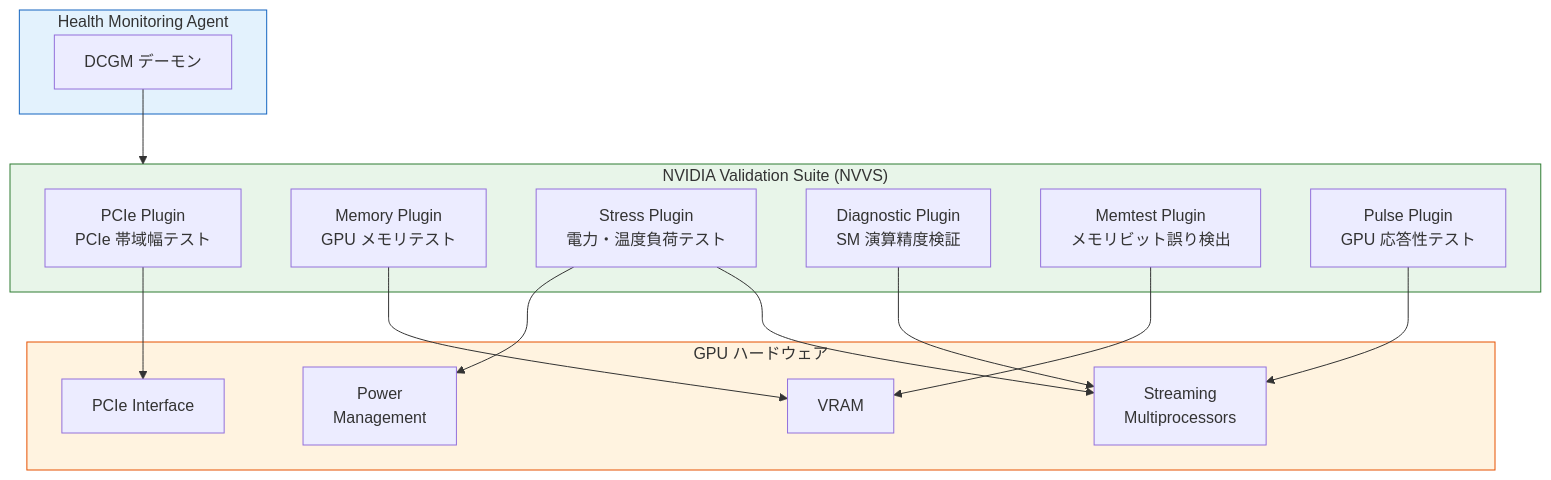
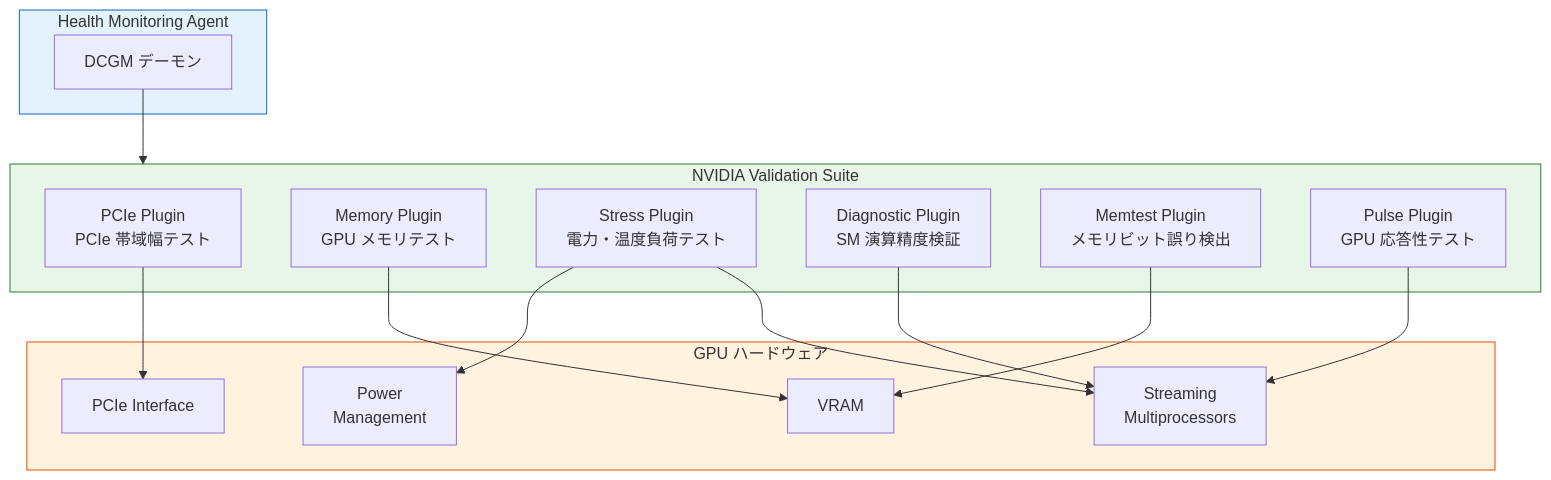
Before and after one commit to littlemex/zenn: the third of 6 diagrams in articles/0742d879958d3a.md, drawn with Mermaid. The commit also changed other lines of this file, not shown here.

````diff
--- a/articles/0742d879958d3a.md
+++ b/articles/0742d879958d3a.md
@@ -245,35 +182,35 @@
 ```mermaid
 graph TB
     subgraph HMA["Health Monitoring Agent"]
         DCGM["DCGM デーモン"]
     end
 
-    subgraph NVVS["NVIDIA Validation Suite (NVVS)"]
+    subgraph NVVS["NVIDIA Validation Suite"]
         PCIE["PCIe Plugin<br/>PCIe 帯域幅テスト"]
         MEM["Memory Plugin<br/>GPU メモリテスト"]
         STRESS["Stress Plugin<br/>電力・温度負荷テスト"]
         DIAG["Diagnostic Plugin<br/>SM 演算精度検証"]
         MEMTEST["Memtest Plugin<br/>メモリビット誤り検出"]
         PULSE["Pulse Plugin<br/>GPU 応答性テスト"]
     end
 
     subgraph GPU["GPU ハードウェア"]
         SM["Streaming<br/>Multiprocessors"]
         VRAM["VRAM"]
         PCIE_IF["PCIe Interface"]
         PWR["Power<br/>Management"]
     end
 
     DCGM --> NVVS
     PCIE --> PCIE_IF
     MEM --> VRAM
     STRESS --> PWR
     STRESS --> SM
     DIAG --> SM
     MEMTEST --> VRAM
     PULSE --> SM
 
     style HMA fill: #e3f2fd,stroke: #1565c0
     style NVVS fill: #e8f5e9,stroke: #2e7d32
     style GPU fill: #fff3e0,stroke: #e65100
 ```
````
